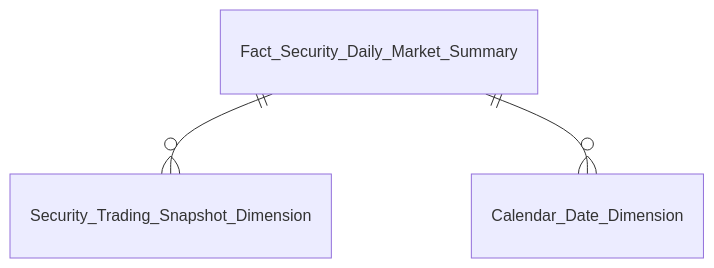
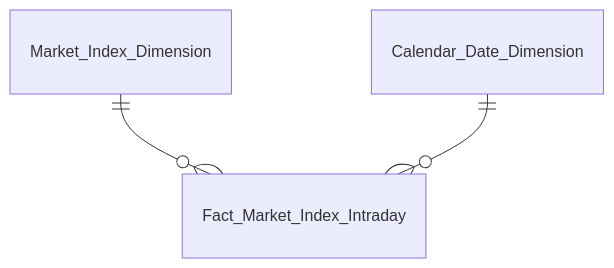
The third of 4 diagrams in Datamart/hld/DTM_GSTT_Entities.md (linhlvit/ubck_atomic_design), drawn with Mermaid before and after one commit. The commit also changed other lines of this file and 21 other files, not shown here.

````diff
--- a/Datamart/hld/DTM_GSTT_Entities.md
+++ b/Datamart/hld/DTM_GSTT_Entities.md
@@ -123,5 +54,5 @@
 ```mermaid
 erDiagram
-    Fact_Security_Daily_Market_Summary ||--o{ Security_Trading_Snapshot_Dimension : ""
-    Fact_Security_Daily_Market_Summary ||--o{ Calendar_Date_Dimension : ""
+    Market_Index_Dimension ||--o{ Fact_Market_Index_Intraday : " "
+    Calendar_Date_Dimension ||--o{ Fact_Market_Index_Intraday : " "
 ```
````
